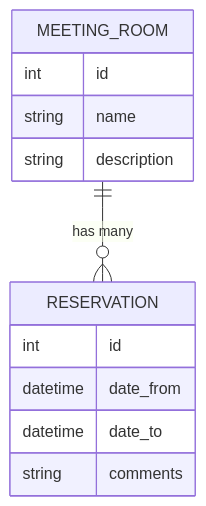
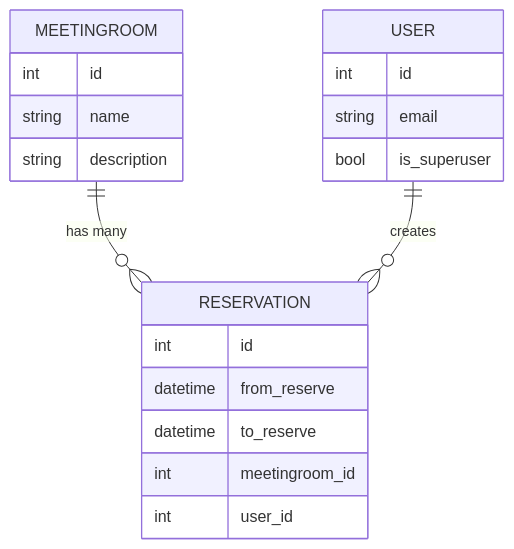
Before and after one commit to StigTax/room_reservation: the diagram in README.md, drawn with Mermaid. The commit also changed other lines of this file and 1 other file, not shown here.

````diff
--- a/README.md
+++ b/README.md
@@ -86,15 +118,22 @@
 ```mermaid
 erDiagram
-    MEETING_ROOM {
+    MEETINGROOM {
         int id
         string name
         string description
     }
     RESERVATION {
         int id
-        datetime date_from
-        datetime date_to
-        string comments
+        datetime from_reserve
+        datetime to_reserve
+        int meetingroom_id
+        int user_id
     }
-    MEETING_ROOM ||--o{ RESERVATION : "has many"
+    USER {
+        int id
+        string email
+        bool is_superuser
+    }
+    MEETINGROOM ||--o{ RESERVATION : "has many"
+    USER ||--o{ RESERVATION : "creates"
 ```
````
